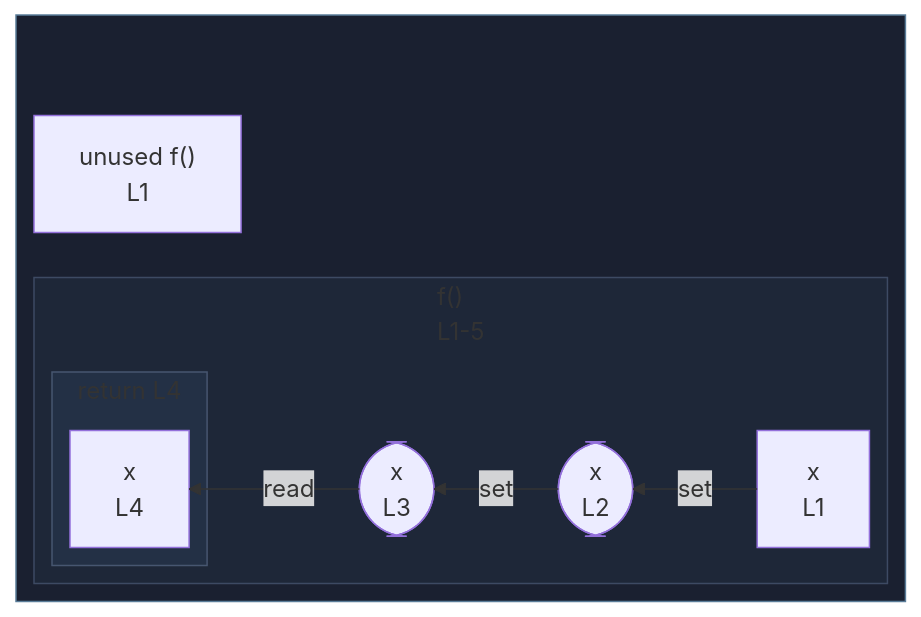
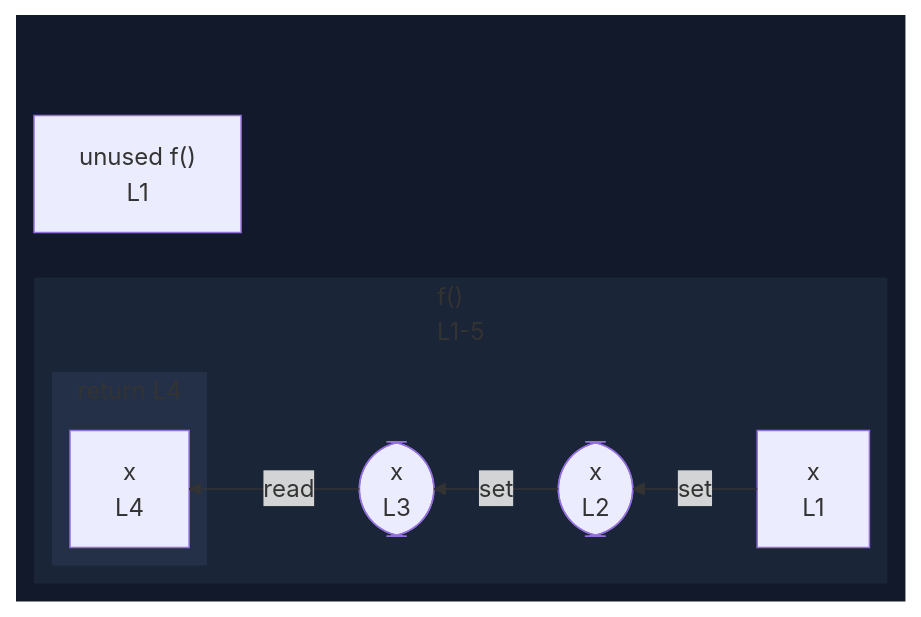
Before and after one commit to crescware/unsnarl: the diagram in integration/fixtures/function/expression/parameter-reassignment/preview.md, drawn with Mermaid. The commit also changed 263 other files, not shown here.

First line of the commit message:
Drop fnWrap class and color function wrappers via the nest palette

````diff
--- a/integration/fixtures/function/expression/parameter-reassignment/preview.md
+++ b/integration/fixtures/function/expression/parameter-reassignment/preview.md
@@ -15,27 +15,27 @@
 ```mermaid
 %%{init: {"flowchart": {"defaultRenderer": "elk"}}}%%
 flowchart RL
   subgraph wrap_s_scope_1[" "]
     direction TB
     n_scope_0_f_6["unused f()<br/>L1"]
     subgraph s_scope_1["f()<br/>L1-5"]
       direction RL
       n_scope_1_x_20["x<br/>L1"]
       wr_ref_1(["x<br/>L2"])
       wr_ref_3(["x<br/>L3"])
       subgraph s_return_scope_0_f_6_61_70["return L4"]
         direction RL
         ret_use_ref_5["x<br/>L4"]
       end
     end
   end
   n_scope_1_x_20 -->|set| wr_ref_1
   wr_ref_1 -->|set| wr_ref_3
   wr_ref_3 -->|read| ret_use_ref_5
-  classDef fnWrap fill:#1a2030,stroke:#5a7d99;
-  class wrap_s_scope_1 fnWrap;
-  classDef nestL1 fill:#1e2738,stroke:#3d4a63;
-  class s_scope_1 nestL1;
-  classDef nestL2 fill:#233045,stroke:#475670;
-  class s_return_scope_0_f_6_61_70 nestL2;
+  classDef nestL1 fill:#11192a,stroke:transparent;
+  class wrap_s_scope_1 nestL1;
+  classDef nestL2 fill:#1a2538,stroke:transparent;
+  class s_scope_1 nestL2;
+  classDef nestL3 fill:#243047,stroke:transparent;
+  class s_return_scope_0_f_6_61_70 nestL3;
 ```
````
